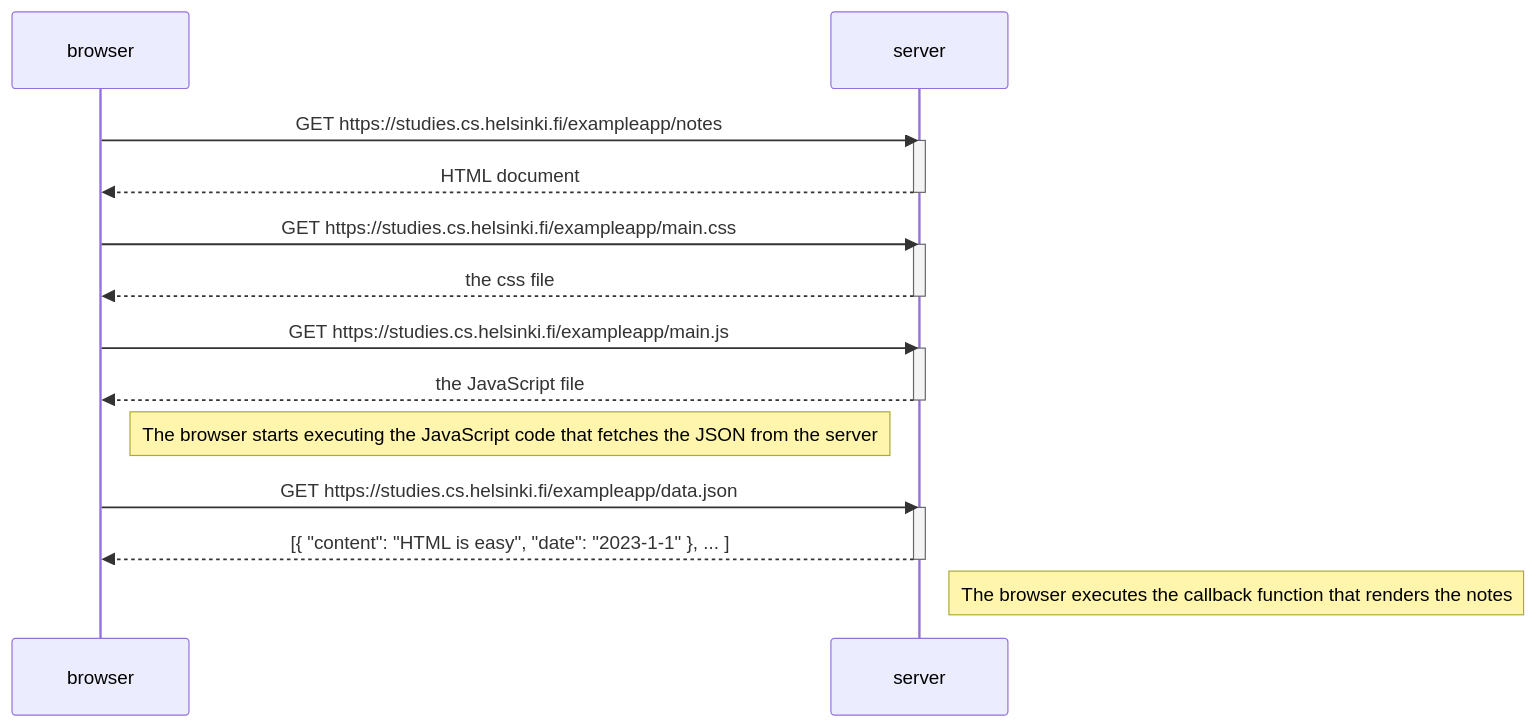
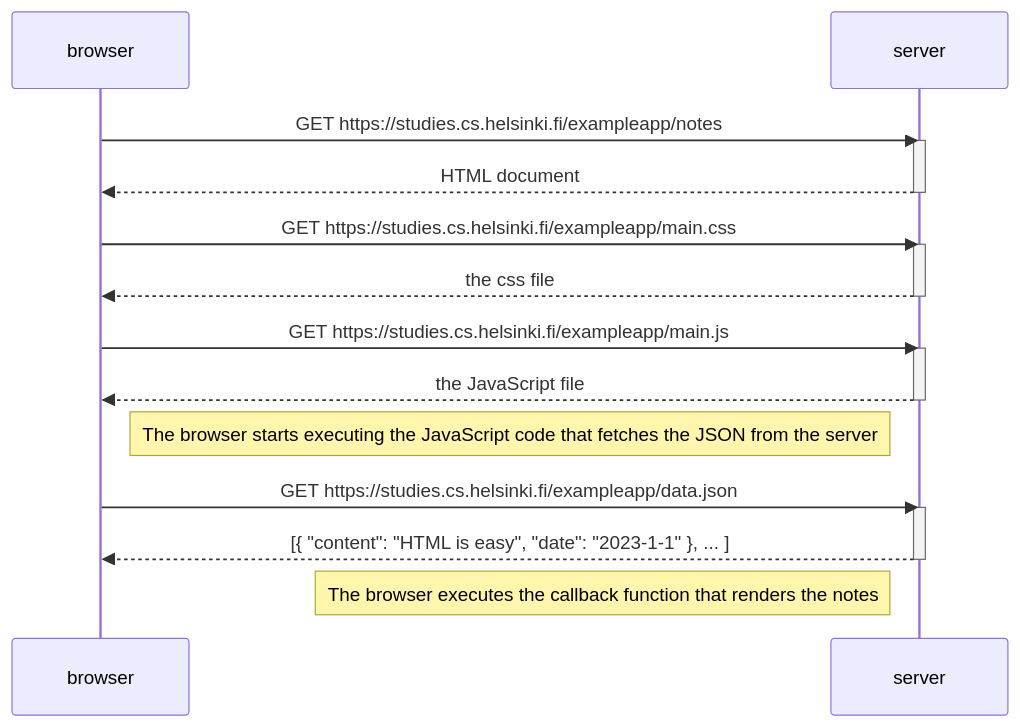
Before and after one commit to FjjDessoyCaraballo/fullStackOpen: the diagram in part0/0.4.md, drawn with Mermaid.

````diff
--- a/part0/0.4.md
+++ b/part0/0.4.md
@@ -1,29 +1,29 @@
 ```mermaid
 sequenceDiagram
     participant browser
     participant server
 
     browser->>server: GET https://studies.cs.helsinki.fi/exampleapp/notes
     activate server
     server-->>browser: HTML document
     deactivate server
 
     browser->>server: GET https://studies.cs.helsinki.fi/exampleapp/main.css
     activate server
     server-->>browser: the css file
     deactivate server
 
     browser->>server: GET https://studies.cs.helsinki.fi/exampleapp/main.js
     activate server
     server-->>browser: the JavaScript file
     deactivate server
 
     Note right of browser: The browser starts executing the JavaScript code that fetches the JSON from the server
 
     browser->>server: GET https://studies.cs.helsinki.fi/exampleapp/data.json
     activate server
     server-->>browser: [{ "content": "HTML is easy", "date": "2023-1-1" }, ... ]
     deactivate server
 
-    Note right of server: The browser executes the callback function that renders the notes
+    Note left of server: The browser executes the callback function that renders the notes
 ```
````
